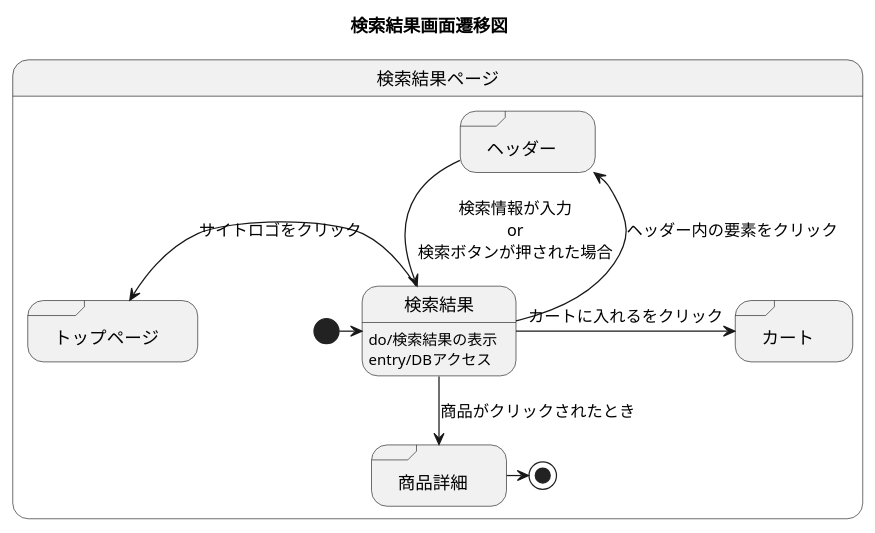
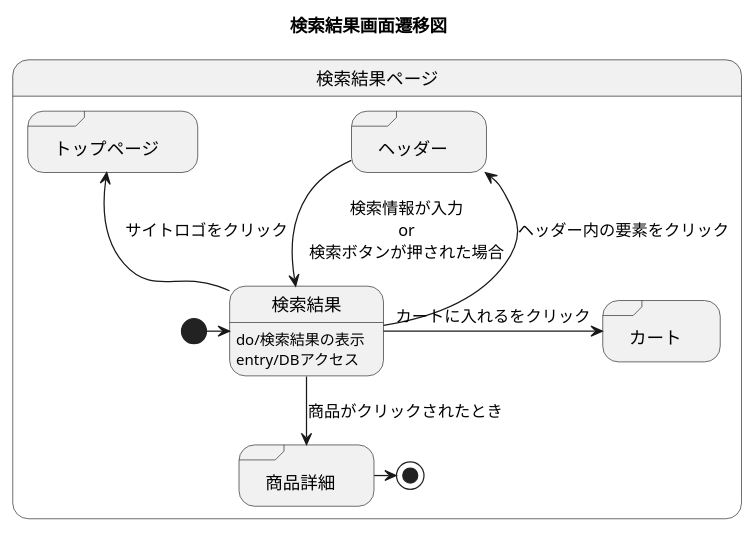
The diagram in 検索結果修正.md (akutori/T-D-E), drawn with PlantUML before and after one commit.

Commit message:
修正

````diff
--- a/検索結果修正.md
+++ b/検索結果修正.md
@@ -1,22 +1,22 @@
 ```uml
 @startuml
 title 検索結果画面遷移図
 state 検索結果ページ{
 
     state 検索結果:do/検索結果の表示
     state 検索結果:entry/DBアクセス
     state "商品詳細" as goodsdetail <<sdlreceive>>
     state "ヘッダー" as headder <<sdlreceive>>
     state "トップページ" as main <<sdlreceive>>
     state "カート" as cart <<sdlreceive>>
 
     [*] -> 検索結果
     検索結果 --> goodsdetail :商品がクリックされたとき
     headder --> 検索結果 :検索情報が入力\nor\n検索ボタンが押された場合
     検索結果-up->headder : ヘッダー内の要素をクリック
-    検索結果 -left-> main :サイトロゴをクリック
+    検索結果 -up-> main :サイトロゴをクリック
     検索結果 -> cart : カートに入れるをクリック
     goodsdetail -> [*]
 }
 @enduml
 ```
````
